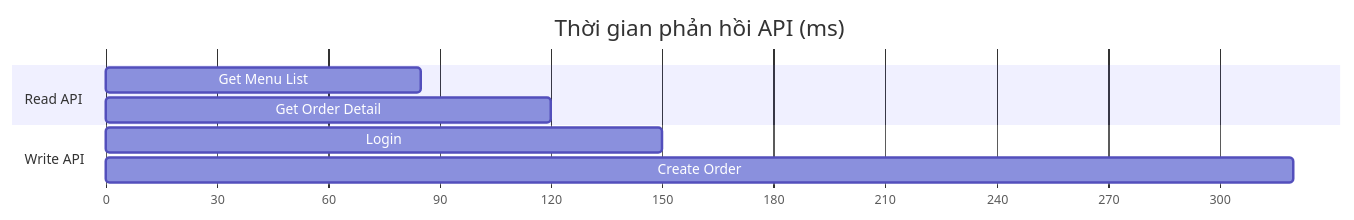
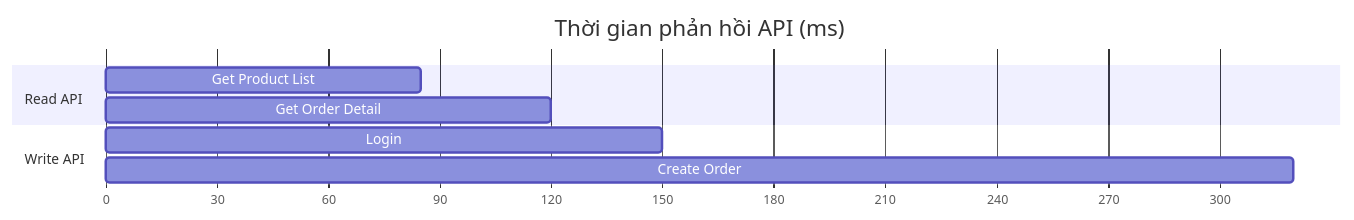
Before and after one commit to sonfithaui04-del/bachhome-ecommerce: the fourth of 4 diagrams in CHUONG_9_KET_QUA_DEMO.md, drawn with Mermaid. The commit also changed 25 other files, not shown here.

````diff
--- a/CHUONG_9_KET_QUA_DEMO.md
+++ b/CHUONG_9_KET_QUA_DEMO.md
@@ -97,14 +97,14 @@
 ```mermaid
 gantt
     title Thời gian phản hồi API (ms)
     dateFormat X
     axisFormat %s
     
     section Read API
-    Get Menu List       : 0, 85
+    Get Product List    : 0, 85
     Get Order Detail    : 0, 120
     
     section Write API
     Login               : 0, 150
     Create Order        : 0, 320
 ```
````
